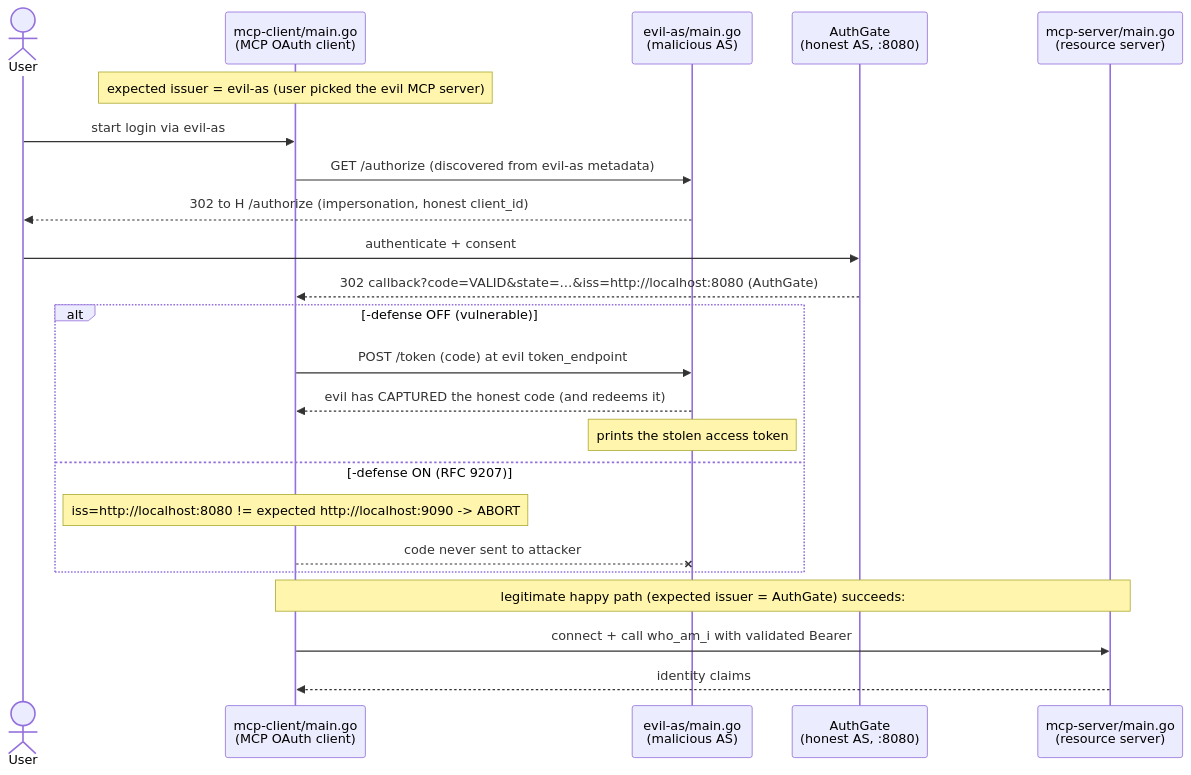
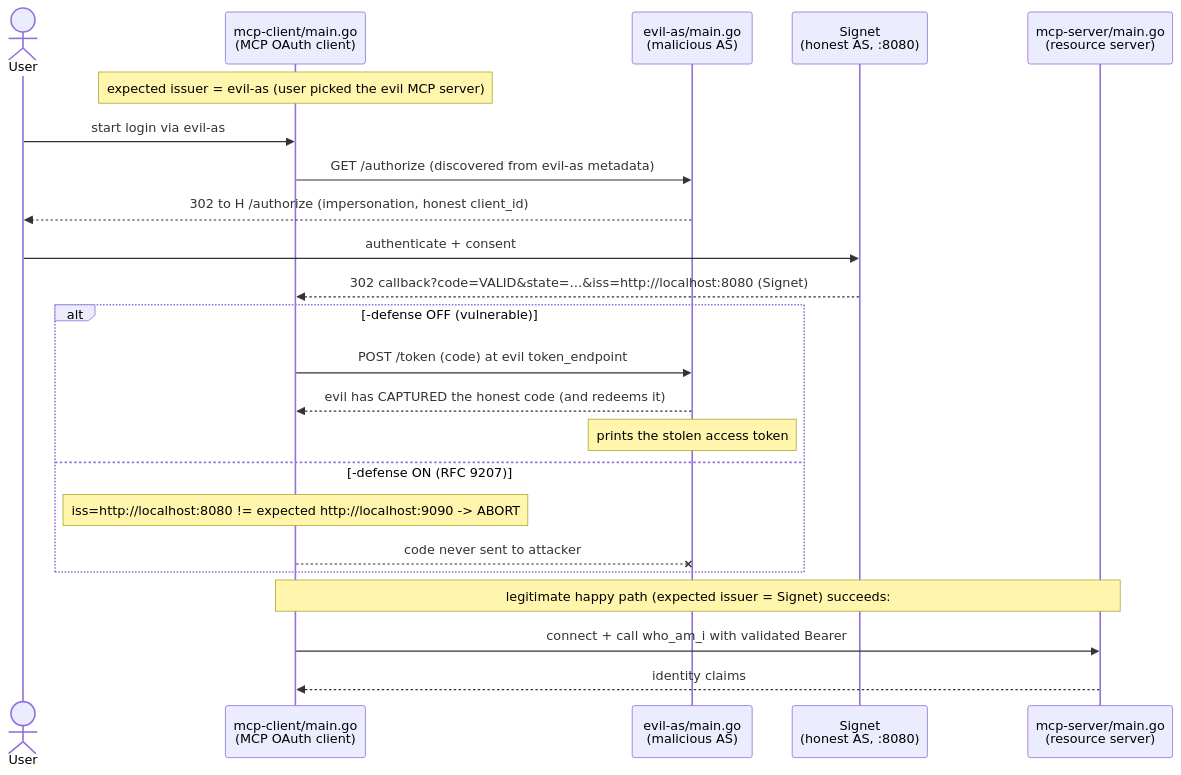
The diagram in 03-oauth-mcp/issuer-identification/README.md (go-training/mcp-workshop), drawn with Mermaid before and after one commit. The commit also changed other lines of this file and 24 other files, not shown here.

First line of the commit message:
refactor(oauth-mcp): rename AuthGate to Signet across samples (#5)

````diff
--- a/03-oauth-mcp/issuer-identification/README.md
+++ b/03-oauth-mcp/issuer-identification/README.md
@@ -38,28 +38,28 @@
 ```mermaid
 sequenceDiagram
     actor User
     participant C as mcp-client/main.go<br/>(MCP OAuth client)
     participant E as evil-as/main.go<br/>(malicious AS)
-    participant H as AuthGate<br/>(honest AS, :8080)
+    participant H as Signet<br/>(honest AS, :8080)
     participant M as mcp-server/main.go<br/>(resource server)
 
     Note over C: expected issuer = evil-as (user picked the evil MCP server)
     User->>C: start login via evil-as
     C->>E: GET /authorize (discovered from evil-as metadata)
     E-->>User: 302 to H /authorize (impersonation, honest client_id)
     User->>H: authenticate + consent
-    H-->>C: 302 callback?code=VALID&state=…&iss=http://localhost:8080 (AuthGate)
+    H-->>C: 302 callback?code=VALID&state=…&iss=http://localhost:8080 (Signet)
 
     alt -defense OFF (vulnerable)
         C->>E: POST /token (code) at evil token_endpoint
         E-->>C: evil has CAPTURED the honest code (and redeems it)
         Note over E: prints the stolen access token
     else -defense ON (RFC 9207)
         Note over C: iss=http://localhost:8080 != expected http://localhost:9090 -> ABORT
         C--xE: code never sent to attacker
     end
 
-    Note over C,M: legitimate happy path (expected issuer = AuthGate) succeeds:
+    Note over C,M: legitimate happy path (expected issuer = Signet) succeeds:
     C->>M: connect + call who_am_i with validated Bearer
     M-->>C: identity claims
 ```
````
